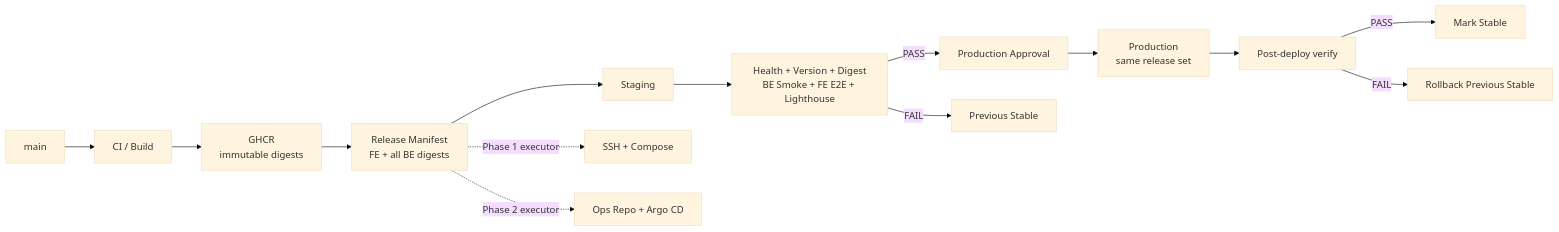
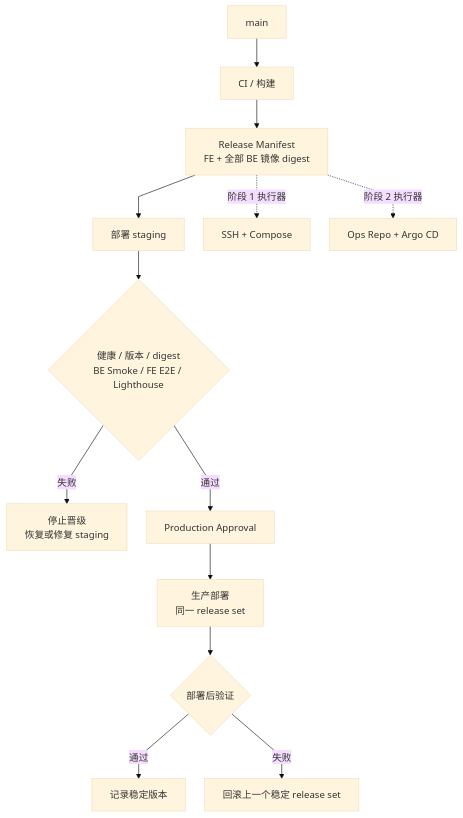
One commit to pinpols/file-batch-system changed the third of 4 diagrams in docs/runbook/compose-cd-roadmap.md. Above: the diagram before and after it, drawn with Mermaid (base theme). The commit also changed other lines of this file and 5032 other files, not shown here.

````diff
--- a/docs/runbook/compose-cd-roadmap.md
+++ b/docs/runbook/compose-cd-roadmap.md
@@ -329,19 +312,16 @@
 ```mermaid
-flowchart LR
-  MAIN["main"] --> CI["CI / Build"]
-  CI --> REG["GHCR\nimmutable digests"]
-  REG --> MAN["Release Manifest\nFE + all BE digests"]
-
-  MAN --> STG["Staging"]
-  STG --> VERIFY["Health + Version + Digest\nBE Smoke + FE E2E + Lighthouse"]
-  VERIFY -->|PASS| APPROVE["Production Approval"]
-  VERIFY -->|FAIL| PREV1["Previous Stable"]
-
-  APPROVE --> PROD["Production\nsame release set"]
-  PROD --> CHECK["Post-deploy verify"]
-  CHECK -->|PASS| STABLE["Mark Stable"]
-  CHECK -->|FAIL| PREV2["Rollback Previous Stable"]
-
-  MAN -. "Phase 1 executor" .-> SSH["SSH + Compose"]
-  MAN -. "Phase 2 executor" .-> GITOPS["Ops Repo + Argo CD"]
+%%{init: {"flowchart":{"curve":"linear","nodeSpacing":32,"rankSpacing":48},"sequence":{"mirrorActors":false}}}%%
+flowchart TB
+  MAIN["main"] --> BUILD["CI / 构建"]
+  BUILD --> MAN["Release Manifest<br/>FE + 全部 BE 镜像 digest"]
+  MAN --> STG["部署 staging"]
+  STG --> VERIFY{"健康 / 版本 / digest<br/>BE Smoke / FE E2E / Lighthouse"}
+  VERIFY -->|"失败"| STOP["停止晋级<br/>恢复或修复 staging"]
+  VERIFY -->|"通过"| APPROVE["Production Approval"]
+  APPROVE --> PROD["生产部署<br/>同一 release set"]
+  PROD --> CHECK{"部署后验证"}
+  CHECK -->|"通过"| STABLE["记录稳定版本"]
+  CHECK -->|"失败"| ROLLBACK["回滚上一个稳定 release set"]
+  MAN -. "阶段 1 执行器" .-> COMPOSE["SSH + Compose"]
+  MAN -. "阶段 2 执行器" .-> GITOPS["Ops Repo + Argo CD"]
 ```
````
